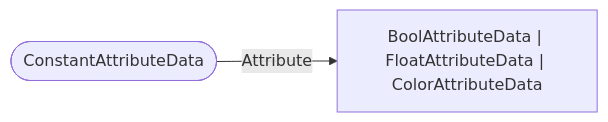
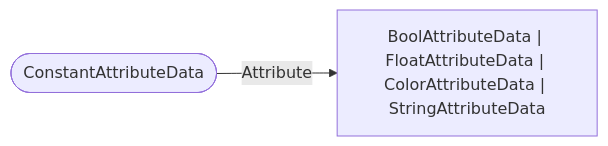
The diagram in schemas/types/ConstantAttributeData.md (bedrock-v/protocol-docs), drawn with Mermaid before and after one commit. The commit also changed 39 other files, not shown here.

````diff
--- a/schemas/types/ConstantAttributeData.md
+++ b/schemas/types/ConstantAttributeData.md
@@ -5,5 +5,5 @@
 ```mermaid
 flowchart LR
   ROOT(["ConstantAttributeData"])
-  ROOT -->|"Attribute"| BoolAttributeData___FloatAttributeData___ColorAttributeData["BoolAttributeData | FloatAttributeData | ColorAttributeData"]
+  ROOT -->|"Attribute"| BoolAttributeData___FloatAttributeData___ColorAttributeData___StringAttributeData["BoolAttributeData | FloatAttributeData | ColorAttributeData | StringAttributeData"]
 ```
````
